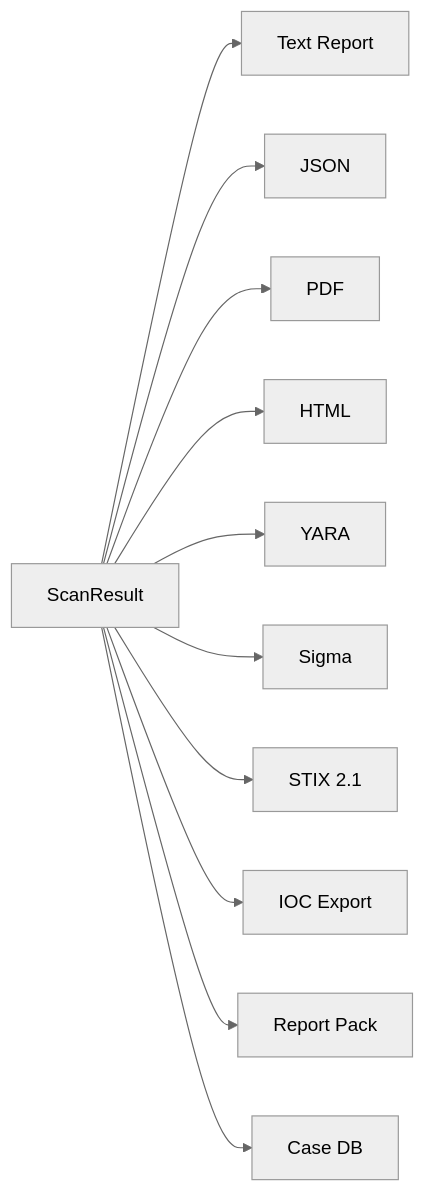
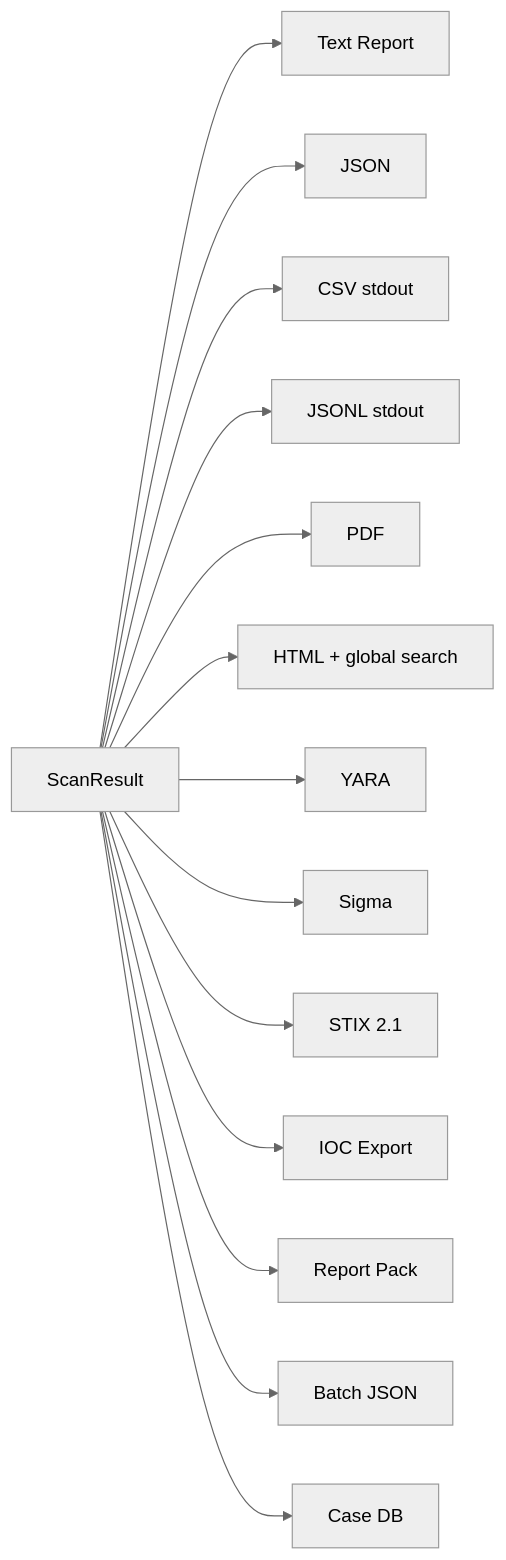
Before and after one commit to Masriyan/FlatScan: the fifth of 7 diagrams in usage.md, drawn with Mermaid (neutral theme). The commit also changed other lines of this file and 20 other files, not shown here.

````diff
--- a/usage.md
+++ b/usage.md
@@ -257,13 +299,16 @@
 ```mermaid
 graph LR
     A[ScanResult] --> B[Text Report]
     A --> C[JSON]
+    A --> C2[CSV stdout]
+    A --> C3[JSONL stdout]
     A --> D[PDF]
-    A --> E[HTML]
+    A --> E["HTML + global search"]
     A --> F[YARA]
     A --> G[Sigma]
     A --> H[STIX 2.1]
     A --> I[IOC Export]
     A --> J[Report Pack]
+    A --> J2[Batch JSON]
     A --> K[Case DB]
 ```
````
